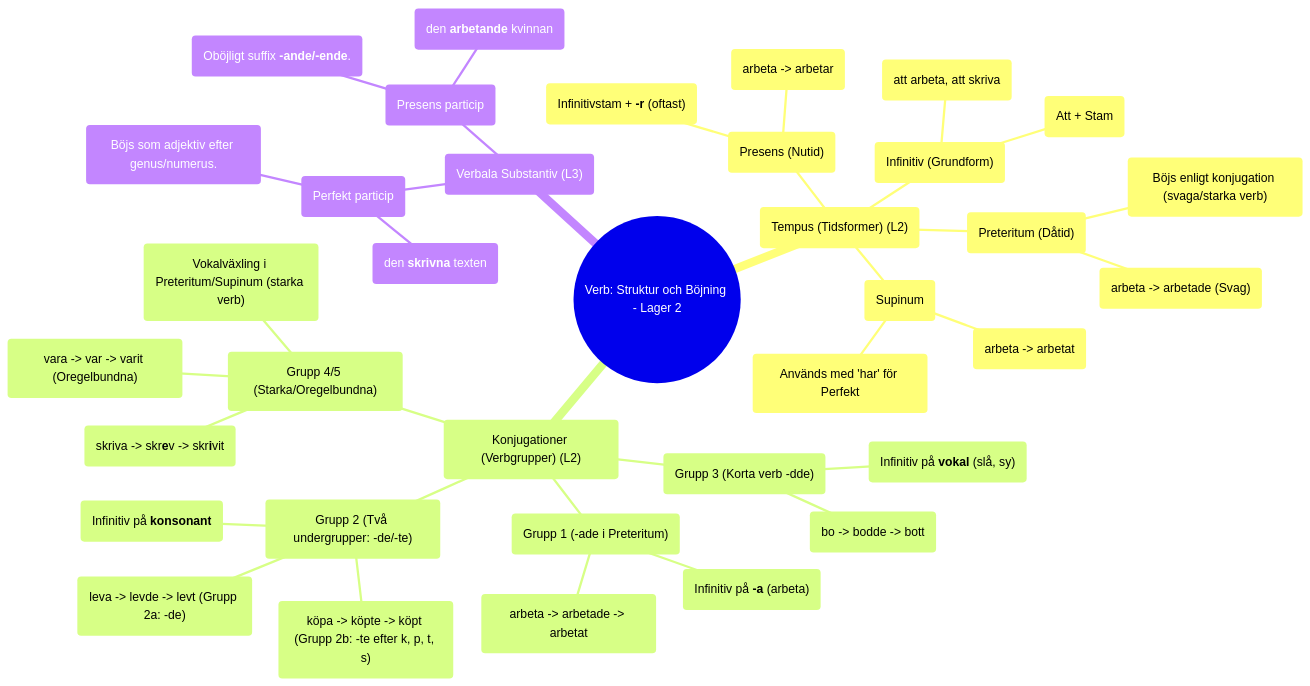
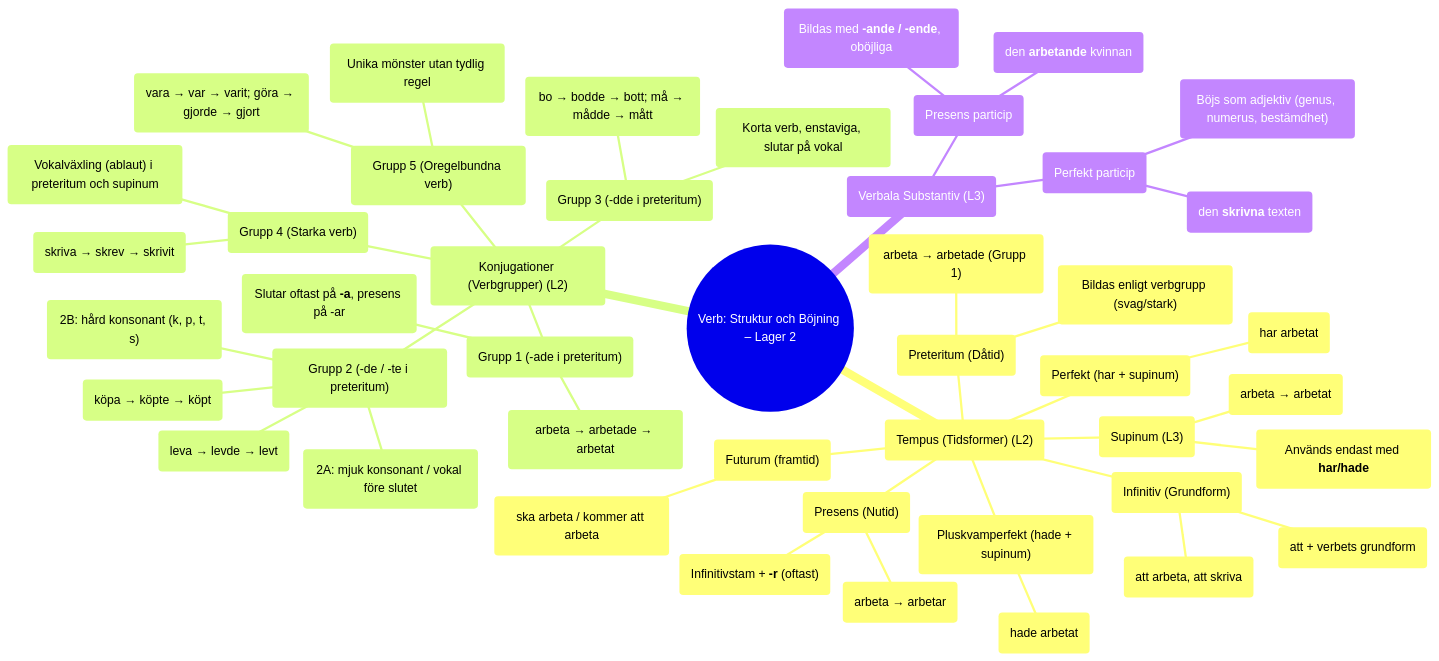
Before and after one commit to HarshaSuranjith/svenska-for-engineers: the diagram in ordklasser/verben.md, drawn with Mermaid.

Commit message:
Fix formatting and update examples in verben.md

````diff
--- a/ordklasser/verben.md
+++ b/ordklasser/verben.md
@@ -1,42 +1,51 @@
 ```mermaid
 mindmap
-    root((Verb: Struktur och Böjning - Lager 2))
+    root((Verb: Struktur och Böjning – Lager 2))
 
         TEMPUS("Tempus (Tidsformer) (L2)")
             PRESENS("Presens (Nutid)")
                 Regel_Presens("Infinitivstam + **-r** (oftast)")
-                EX_Presens("arbeta -> arbetar")
+                EX_Presens("arbeta → arbetar")
             PRETERITUM("Preteritum (Dåtid)")
-                Konjugationer("Böjs enligt konjugation (svaga/starka verb)")
-                EX_Pret("arbeta -> arbetade (Svag)")
-            SUPINUM("Supinum")
-                Användning("Används med 'har' för Perfekt")
-                EX_Sup("arbeta -> arbetat")
+                Konjugationer("Bildas enligt verbgrupp (svag/stark)")
+                EX_Pret("arbeta → arbetade (Grupp 1)")
+            SUPINUM("Supinum (L3)")
+                Funktion("Används endast med **har/hade**")
+                EX_Sup("arbeta → arbetat")
+            PERFEKT("Perfekt (har + supinum)")
+                EX_Perf("har arbetat")
+            PLUSKVAMPERFEKT("Pluskvamperfekt (hade + supinum)")
+                EX_Plus("hade arbetat")
+            FUTURUM("Futurum (framtid)")
+                EX_Fut("ska arbeta / kommer att arbeta")
             INFINITIV("Infinitiv (Grundform)")
-                Markör("Att + Stam")
+                Markör("att + verbets grundform")
                 EX_Inf("att arbeta, att skriva")
 
         KONJUGATIONER("Konjugationer (Verbgrupper) (L2)")
-            GRUPP_1("Grupp 1 (-ade i Preteritum)")
-                Regel_1("Infinitiv på **-a** (arbeta)")
-                EX_1("arbeta -> arbetade -> arbetat")
-            GRUPP_2("Grupp 2 (Två undergrupper: -de/-te)")
-                Regel_2("Infinitiv på **konsonant**")
-                EX_2A("leva -> levde -> levt (Grupp 2a: -de)")
-                EX_2B("köpa -> köpte -> köpt (Grupp 2b: -te efter k, p, t, s)")
-            GRUPP_3("Grupp 3 (Korta verb -dde)")
-                Regel_3("Infinitiv på **vokal** (slå, sy)")
-                EX_3("bo -> bodde -> bott")
-            GRUPP_4_5("Grupp 4/5 (Starka/Oregelbundna)")
-                Regel_45("Vokalväxling i Preteritum/Supinum (starka verb)")
-                EX_4("skriva -> skr**e**v -> skr**i**vit")
-                EX_5("vara -> var -> varit (Oregelbundna)")
-        
+            GRUPP_1("Grupp 1 (-ade i preteritum)")
+                Regel_1("Slutar oftast på **-a**, presens på -ar")
+                EX_1("arbeta → arbetade → arbetat")
+            GRUPP_2("Grupp 2 (-de / -te i preteritum)")
+                REGEL_2A("2A: mjuk konsonant / vokal före slutet")
+                EX_2A("leva → levde → levt")
+                REGEL_2B("2B: hård konsonant (k, p, t, s)")
+                EX_2B("köpa → köpte → köpt")
+            GRUPP_3("Grupp 3 (-dde i preteritum)")
+                Regel_3("Korta verb, enstaviga, slutar på vokal")
+                EX_3("bo → bodde → bott; må → mådde → mått")
+            GRUPP_4("Grupp 4 (Starka verb)")
+                Regel_4("Vokalväxling (ablaut) i preteritum och supinum")
+                EX_4("skriva → skrev → skrivit")
+            GRUPP_5("Grupp 5 (Oregelbundna verb)")
+                Regel_5("Unika mönster utan tydlig regel")
+                EX_5("vara → var → varit; göra → gjorde → gjort")
+
         VERBALA_SUBSTANTIV("Verbala Substantiv (L3)")
             PERFEKTPARTICIP("Perfekt particip")
-                Regel("Böjs som adjektiv efter genus/numerus.")
-                EX("den **skrivna** texten")
-            PRESENTPARTICIP("Presens particip")
-                Regel("Oböjligt suffix **-ande/-ende**.")
+                Regel_PP("Böjs som adjektiv (genus, numerus, bestämdhet)")
+                EX_PP("den **skrivna** texten")
+            PRESENSPARTICIP("Presens particip")
+                Regel_PresP("Bildas med **-ande / -ende**, oböjliga")
                 EX("den **arbetande** kvinnan")
 ```
````
